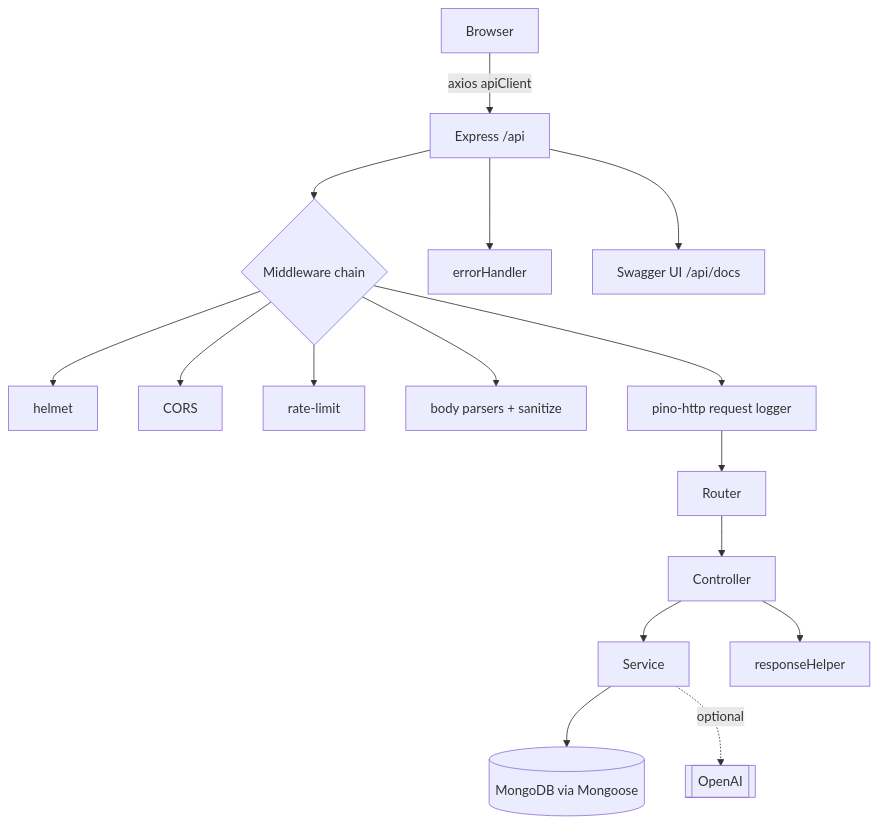
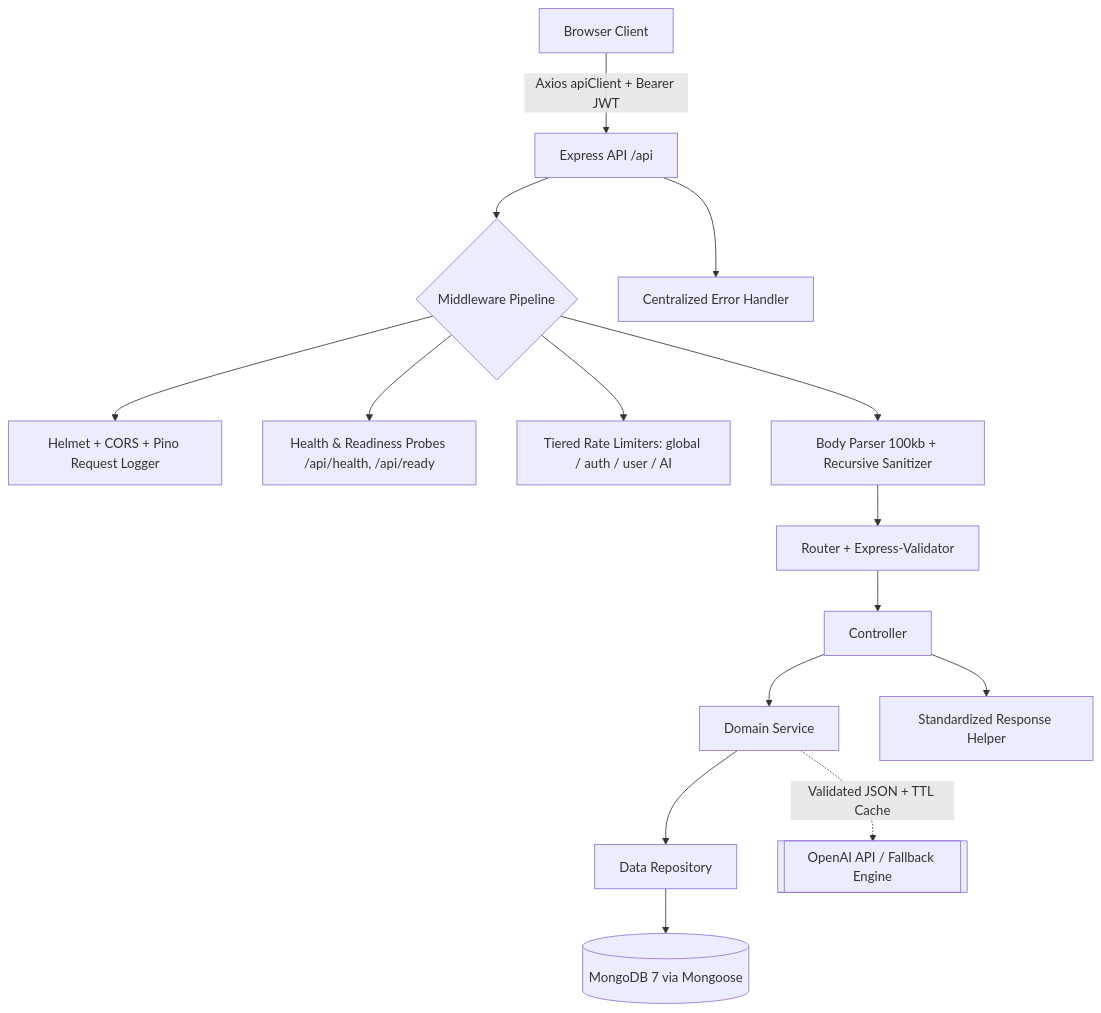
The diagram in docs/ARCHITECTURE.md (assishmoncs/ai-study-planner), drawn with Mermaid before and after one commit. The commit also changed other lines of this file and 52 other files, not shown here.

Commit message:
feat: upgrade architecture, AI validation & fallbacks, full-stack UX, and docs

````diff
--- a/docs/ARCHITECTURE.md
+++ b/docs/ARCHITECTURE.md
@@ -14,18 +14,17 @@
 ```mermaid
 flowchart TD
-  A[Browser] -->|axios apiClient| B[Express /api]
-  B --> C{Middleware chain}
-  C --> D[helmet]
-  C --> E[CORS]
-  C --> F[rate-limit]
-  C --> G[body parsers + sanitize]
-  C --> H[pino-http request logger]
-  H --> I[Router]
-  I --> J[Controller]
-  J --> K[Service]
-  K --> L[(MongoDB via Mongoose)]
-  K -.optional.-> M[[OpenAI]]
-  J --> N[responseHelper]
-  B --> O[errorHandler]
-  B --> P[Swagger UI /api/docs]
+  A[Browser Client] -->|Axios apiClient + Bearer JWT| B[Express API /api]
+  B --> C{Middleware Pipeline}
+  C --> D[Helmet + CORS + Pino Request Logger]
+  C --> E[Health & Readiness Probes /api/health, /api/ready]
+  C --> F[Tiered Rate Limiters: global / auth / user / AI]
+  C --> G[Body Parser 100kb + Recursive Sanitizer]
+  G --> H[Router + Express-Validator]
+  H --> I[Controller]
+  I --> J[Domain Service]
+  J --> K[Data Repository]
+  K --> L[(MongoDB 7 via Mongoose)]
+  J -.->|Validated JSON + TTL Cache| M[[OpenAI API / Fallback Engine]]
+  I --> N[Standardized Response Helper]
+  B --> O[Centralized Error Handler]
 ```
````
